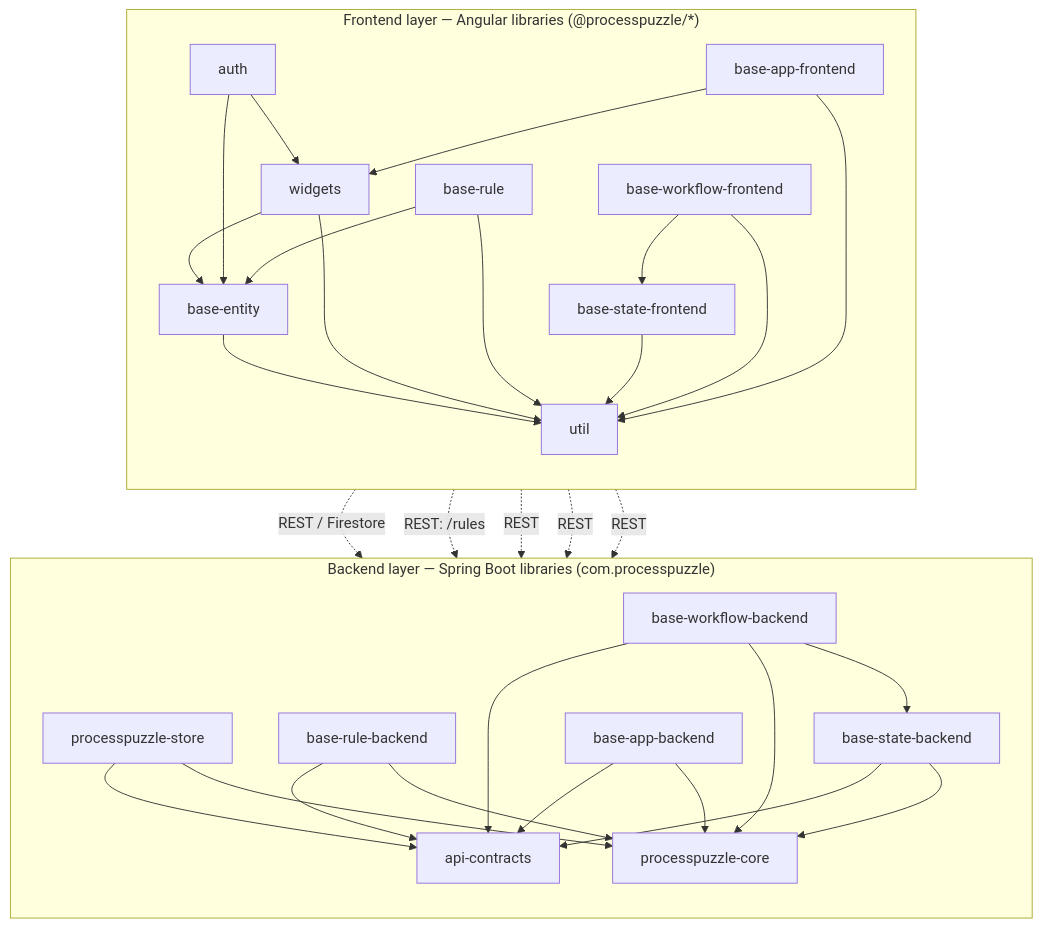
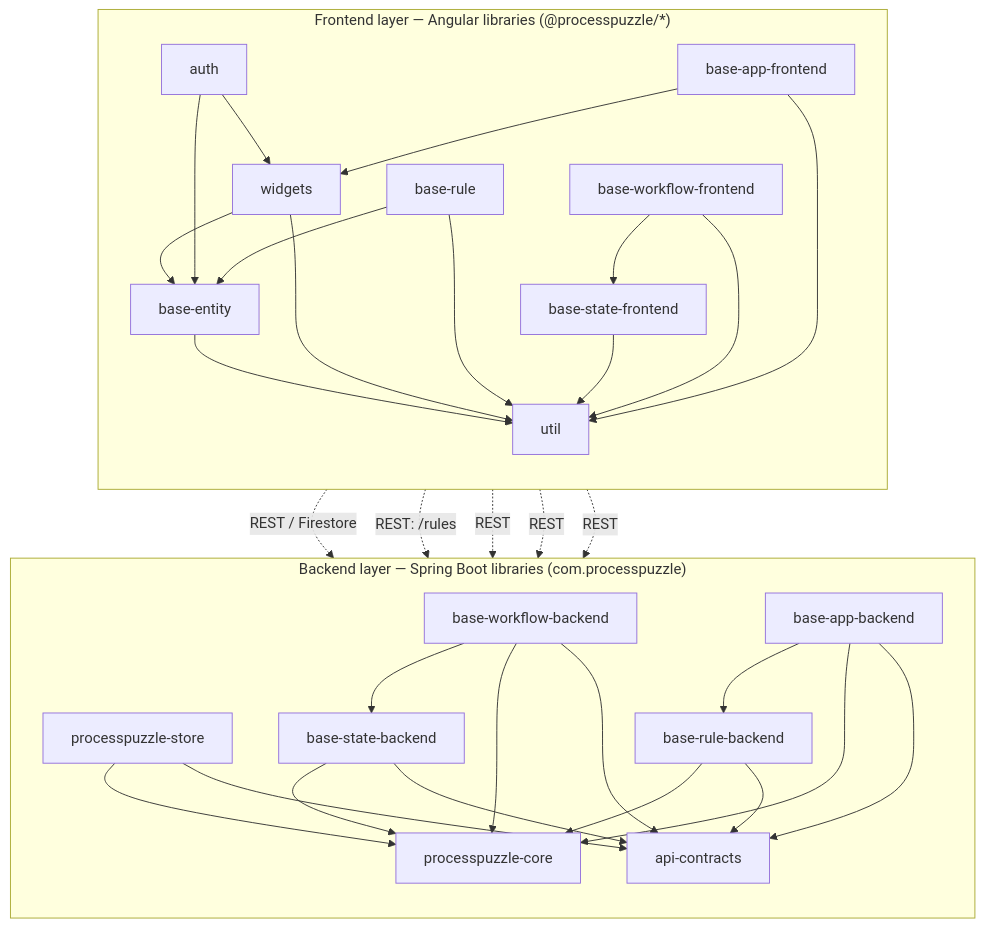
The first of 3 diagrams in README.md (ZsZs/processpuzzle), drawn with Mermaid before and after one commit. The commit also changed other lines of this file and 35 other files, not shown here.

````diff
--- a/README.md
+++ b/README.md
@@ -45,56 +45,57 @@
 ```mermaid
 graph TD
   subgraph FE["Frontend layer — Angular libraries (@processpuzzle/*)"]
     direction TB
     util[util]
     widgets[widgets]
     auth[auth]
     entityFE[base-entity]
     ruleFE[base-rule]
     stateFE[base-state-frontend]
     workflowFE[base-workflow-frontend]
     appFE[base-app-frontend]
 
     entityFE --> util
     widgets --> entityFE
     widgets --> util
     auth --> entityFE
     auth --> widgets
     ruleFE --> entityFE
     ruleFE --> util
     stateFE --> util
     workflowFE --> stateFE
     workflowFE --> util
     appFE --> widgets
     appFE --> util
   end
 
   subgraph BE["Backend layer — Spring Boot libraries (com.processpuzzle)"]
     direction TB
     core[processpuzzle-core]
     contracts[api-contracts]
     store[processpuzzle-store]
     ruleBE[base-rule-backend]
     stateBE[base-state-backend]
     workflowBE[base-workflow-backend]
     appBE[base-app-backend]
 
     store --> core
     store --> contracts
     ruleBE --> core
     ruleBE --> contracts
     stateBE --> core
     stateBE --> contracts
     workflowBE --> stateBE
     workflowBE --> core
     workflowBE --> contracts
+    appBE --> ruleBE
     appBE --> core
     appBE --> contracts
   end
 
   entityFE -. "REST / Firestore" .-> store
   ruleFE -. "REST: /rules" .-> ruleBE
   stateFE -. REST .-> stateBE
   workflowFE -. REST .-> workflowBE
   appFE -. REST .-> appBE
 ```
````
